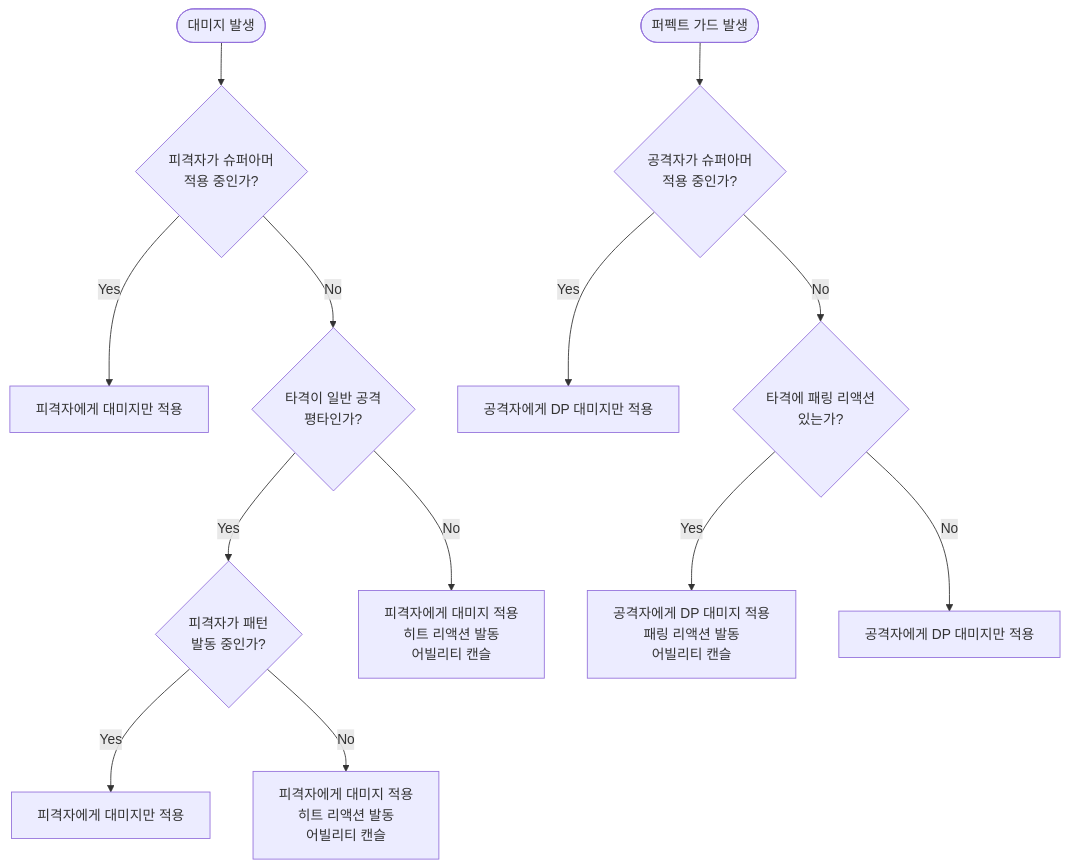
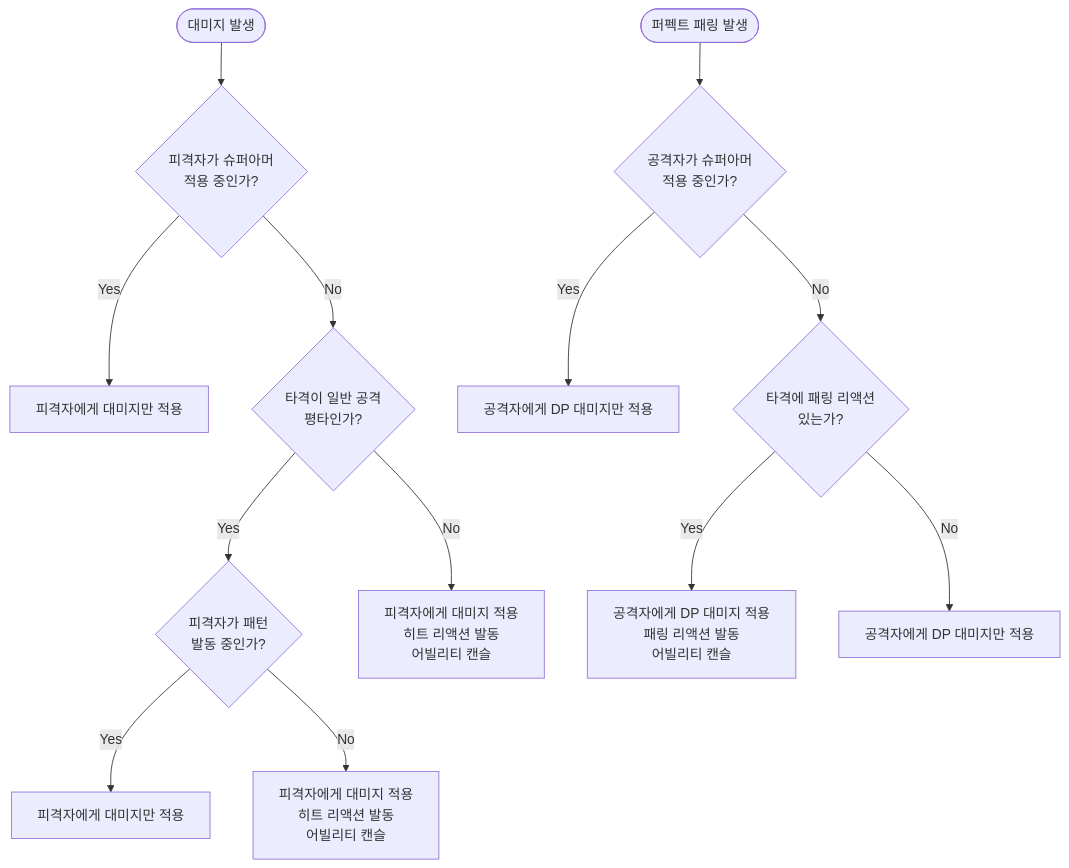
Before and after one commit to Woogl/ProjectWx: the diagram in Docs/Meeting/hit_react_feedback_2nd.md, drawn with Mermaid. The commit also changed other lines of this file, not shown here.

Commit message:
피드백 문서 보강 및 다이어그램 정합성 수정

````diff
--- a/Docs/Meeting/hit_react_feedback_2nd.md
+++ b/Docs/Meeting/hit_react_feedback_2nd.md
@@ -116,21 +126,21 @@
 ```mermaid
 flowchart TD
   E1([대미지 발생]):::entry --> Q1{피격자가 슈퍼아머<br/>적용 중인가?}:::branch
 
   Q1 -- Yes --> R1[피격자에게 대미지만 적용]:::result
   Q1 -- No --> Q2{타격이 일반 공격<br/>평타인가?}:::branch
 
   Q2 -- Yes --> Q3{피격자가 패턴<br/>발동 중인가?}:::branch
   Q2 -- No --> R2[피격자에게 대미지 적용<br/>히트 리액션 발동<br/>어빌리티 캔슬]:::result
 
   Q3 -- Yes --> R3[피격자에게 대미지만 적용]:::result
   Q3 -- No --> R4[피격자에게 대미지 적용<br/>히트 리액션 발동<br/>어빌리티 캔슬]:::result
 
-  E1'([퍼펙트 가드 발생]):::entry --> Q1'{공격자가 슈퍼아머<br/>적용 중인가?}:::branch
+  E2([퍼펙트 패링 발생]):::entry --> Q4{공격자가 슈퍼아머<br/>적용 중인가?}:::branch
 
-  Q1' -- Yes --> R1'[공격자에게 DP 대미지만 적용]:::result
-  Q1' -- No --> Q2'{타격에 패링 리액션<br/>있는가?}:::branch
+  Q4 -- Yes --> R5[공격자에게 DP 대미지만 적용]:::result
+  Q4 -- No --> Q5{타격에 패링 리액션<br/>있는가?}:::branch
 
-  Q2' -- Yes --> R3'[공격자에게 DP 대미지 적용<br/>패링 리액션 발동<br/>어빌리티 캔슬]:::result
-  Q2' -- No --> R2'[공격자에게 DP 대미지만 적용]:::result
+  Q5 -- Yes --> R6[공격자에게 DP 대미지 적용<br/>패링 리액션 발동<br/>어빌리티 캔슬]:::result
+  Q5 -- No --> R7[공격자에게 DP 대미지만 적용]:::result
 ```
````
